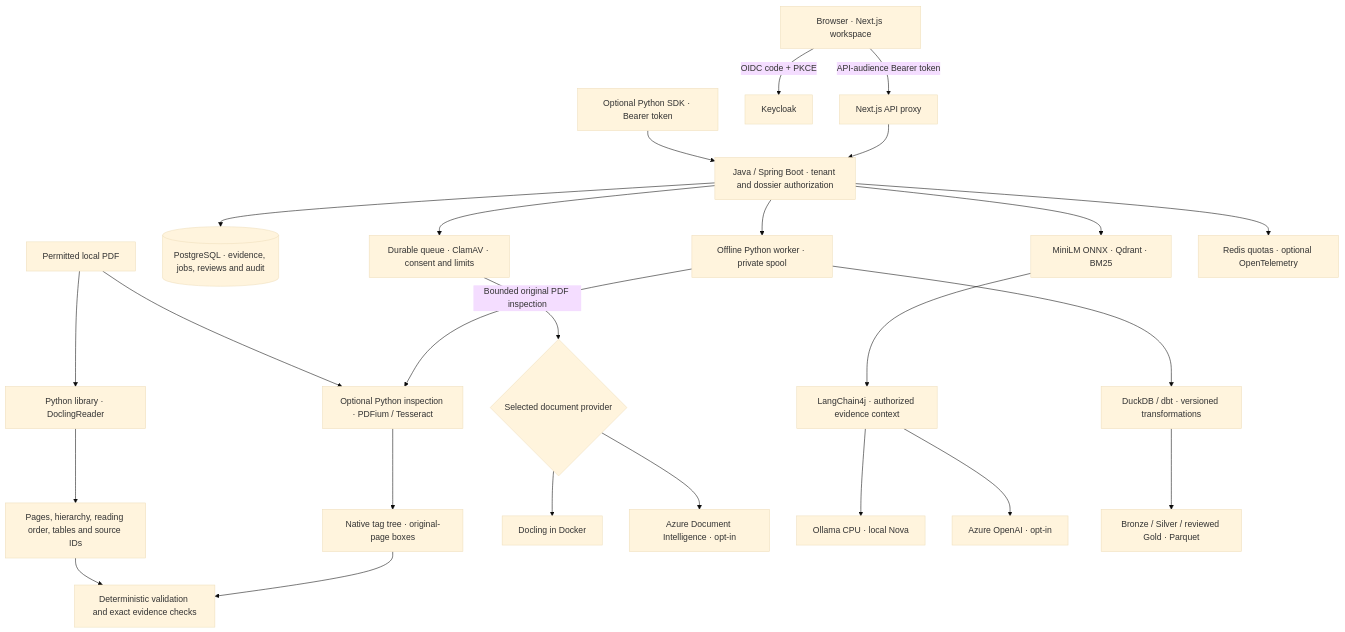
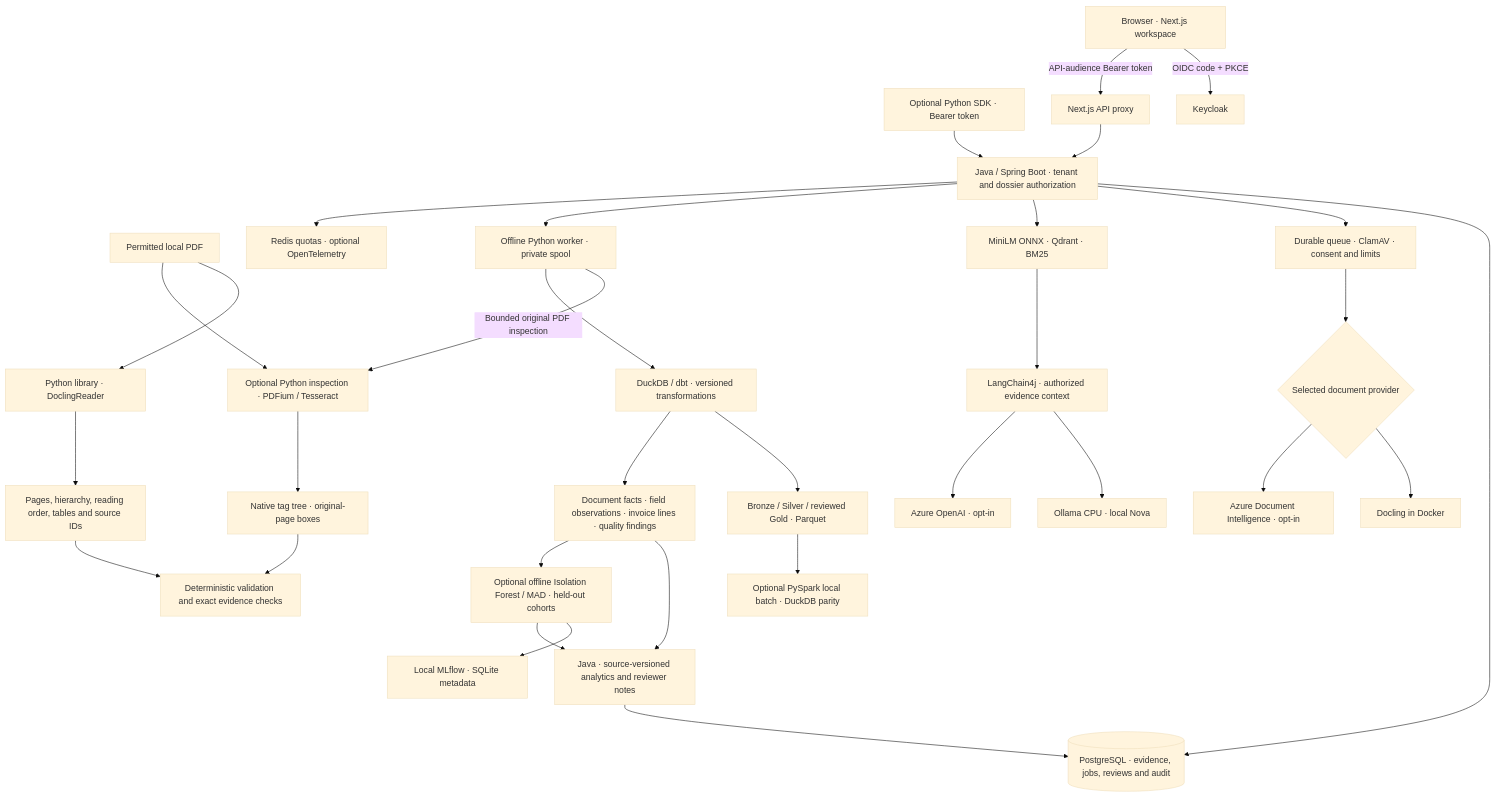
The diagram in README.md (quocvietphung/document-intelligence-lab), drawn with Mermaid (base theme) before and after one commit. The commit also changed other lines of this file and 53 other files, not shown here.

Commit message:
feat: add source-bound analytics and optional local ML and Spark

````diff
--- a/README.md
+++ b/README.md
@@ -304,27 +364,34 @@
 ```mermaid
 flowchart TD
     PDF[Permitted local PDF] --> PY[Python library · DoclingReader]
     PY --> EV[Pages, hierarchy, reading order, tables and source IDs]
     EV --> V[Deterministic validation and exact evidence checks]
     PDF --> INSPECT[Optional Python inspection · PDFium / Tesseract]
     INSPECT --> GEOM[Native tag tree · original-page boxes]
     GEOM --> V
     SDK[Optional Python SDK · Bearer token] --> JAVA
     B[Browser · Next.js workspace] -->|OIDC code + PKCE| K[Keycloak]
     B -->|API-audience Bearer token| N[Next.js API proxy]
     N --> JAVA[Java / Spring Boot · tenant and dossier authorization]
     JAVA --> DB[(PostgreSQL · evidence, jobs, reviews and audit)]
     JAVA --> Q[Durable queue · ClamAV · consent and limits]
     Q --> D{Selected document provider}
     D --> DC[Docling in Docker]
     D --> AZD[Azure Document Intelligence · opt-in]
     JAVA --> R[MiniLM ONNX · Qdrant · BM25]
     R --> LC[LangChain4j · authorized evidence context]
     LC --> OL[Ollama CPU · local Nova]
     LC --> AZO[Azure OpenAI · opt-in]
     JAVA --> ETL[Offline Python worker · private spool]
     ETL -->|Bounded original PDF inspection| INSPECT
     ETL --> DUCK[DuckDB / dbt · versioned transformations]
     DUCK --> LAYERS[Bronze / Silver / reviewed Gold · Parquet]
+    DUCK --> FACTS[Document facts · field observations · invoice lines · quality findings]
+    FACTS --> PROJECTION[Java · source-versioned analytics and reviewer notes]
+    PROJECTION --> DB
+    FACTS --> ML[Optional offline Isolation Forest / MAD · held-out cohorts]
+    ML --> TRACK[Local MLflow · SQLite metadata]
+    ML --> PROJECTION
+    LAYERS --> SPARK[Optional PySpark local batch · DuckDB parity]
     JAVA --> OBS[Redis quotas · optional OpenTelemetry]
 ```
````
